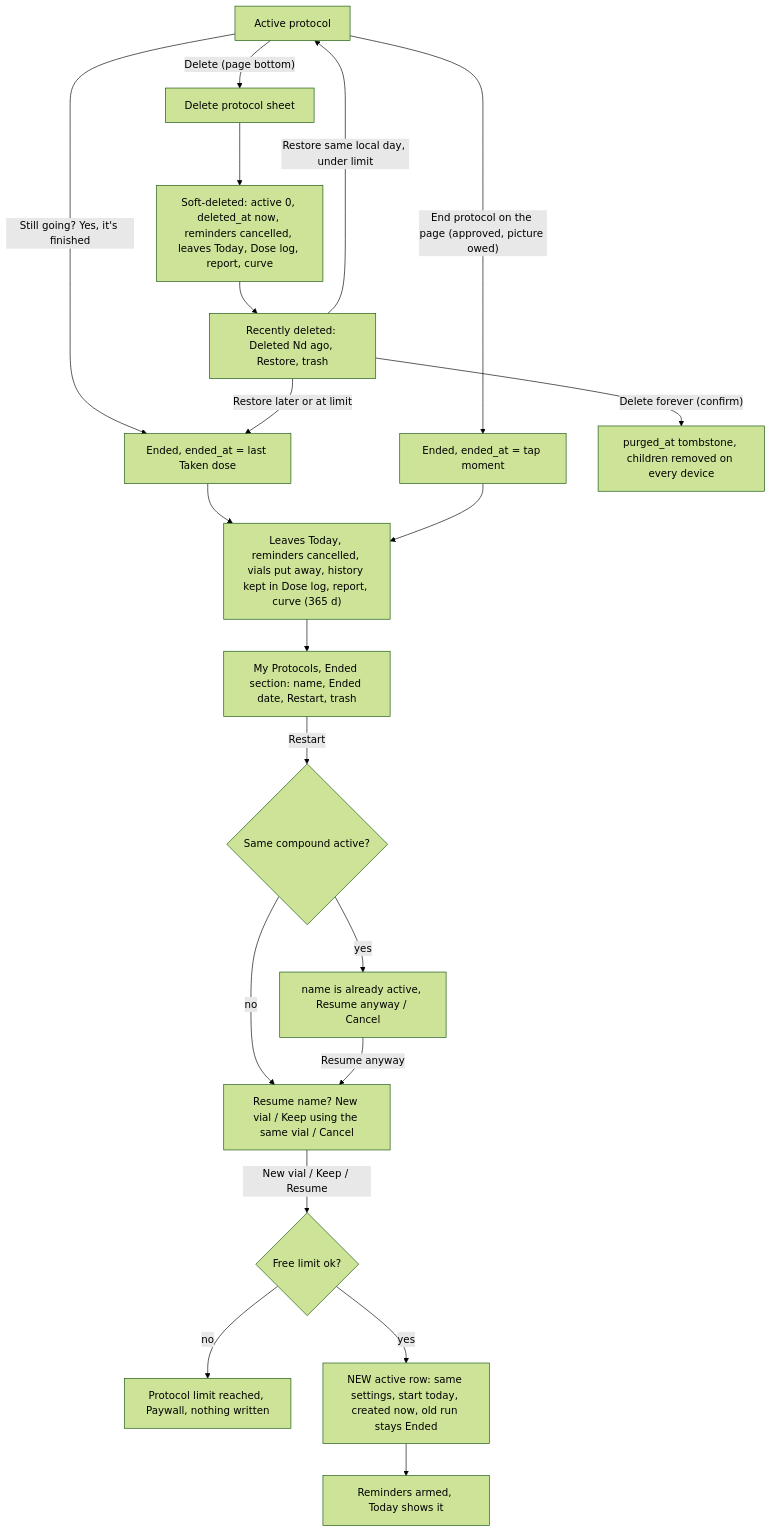
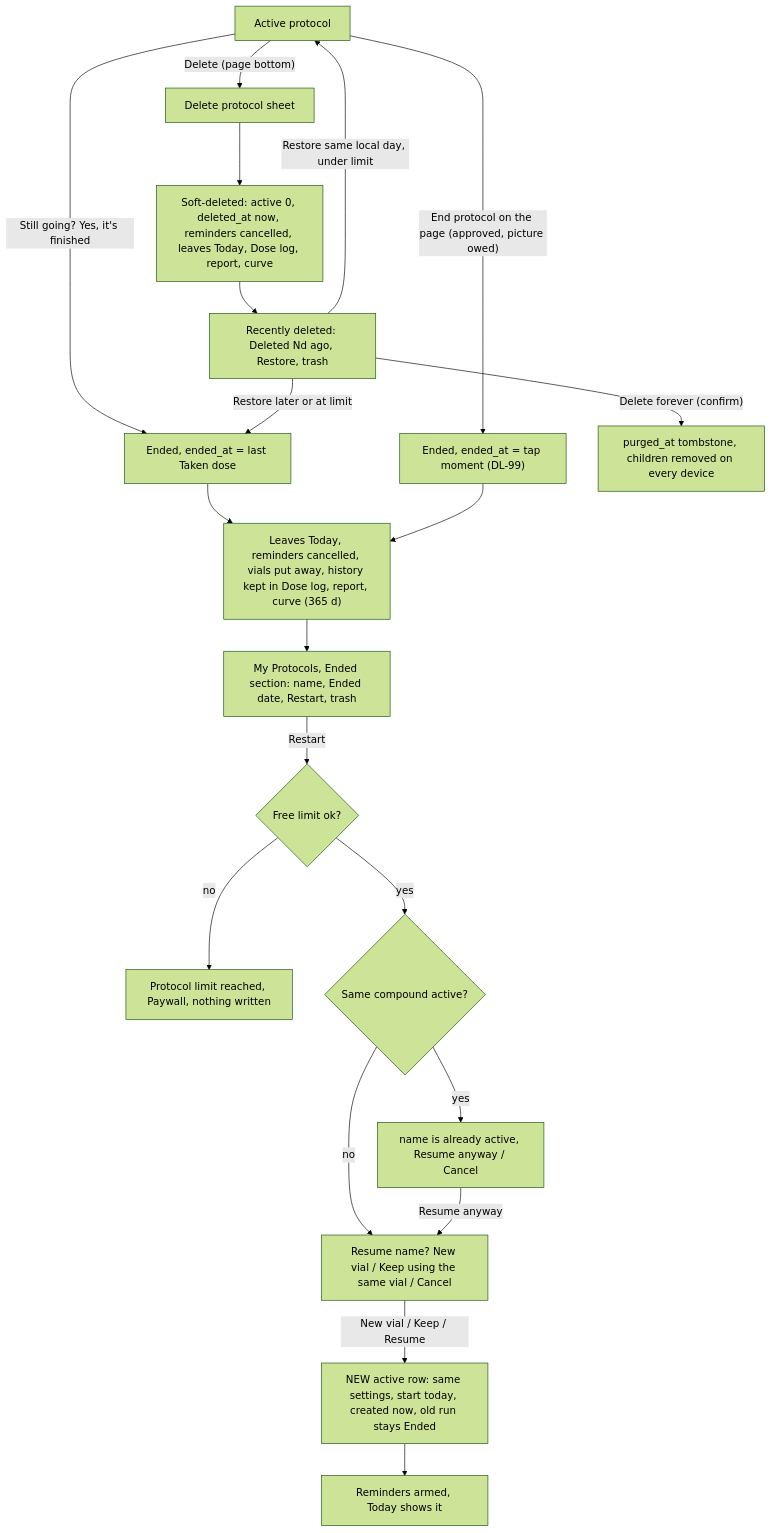
The first of 3 diagrams in docs/product/flows/05-protocol-end-restart-delete.md (evandroviskis/dosetrace), drawn with Mermaid (forest theme) before and after one commit. The commit also changed other lines of this file and 17 other files, not shown here.

Commit message:
docs/product: round-3 consistency pass (restart order, DL-99..101, D-row sources, Portuguese questions 1:1, counts); 120 diagrams parse

````diff
--- a/docs/product/flows/05-protocol-end-restart-delete.md
+++ b/docs/product/flows/05-protocol-end-restart-delete.md
@@ -50,22 +50,22 @@
 ```mermaid
 flowchart TD
   A["Active protocol"] -->|"Still going? Yes, it's finished"| B["Ended, ended_at = last Taken dose"]
-  A -->|"End protocol on the page (approved, picture owed)"| B2["Ended, ended_at = tap moment"]
+  A -->|"End protocol on the page (approved, picture owed)"| B2["Ended, ended_at = tap moment (DL-99)"]
   B --> C["Leaves Today, reminders cancelled, vials put away, history kept in Dose log, report, curve (365 d)"]
   B2 --> C
   C --> D["My Protocols, Ended section: name, Ended date, Restart, trash"]
-  D -->|Restart| E{"Same compound active?"}
+  D -->|Restart| G{"Free limit ok?"}
+  G -->|no| H["Protocol limit reached, Paywall, nothing written"]
+  G -->|yes| E{"Same compound active?"}
   E -->|yes| F["name is already active, Resume anyway / Cancel"]
   E -->|no| I["Resume name? New vial / Keep using the same vial / Cancel"]
   F -->|Resume anyway| I
-  I -->|"New vial / Keep / Resume"| G{"Free limit ok?"}
-  G -->|no| H["Protocol limit reached, Paywall, nothing written"]
-  G -->|yes| J["NEW active row: same settings, start today, created now, old run stays Ended"]
+  I -->|"New vial / Keep / Resume"| J["NEW active row: same settings, start today, created now, old run stays Ended"]
   J --> K["Reminders armed, Today shows it"]
   A -->|"Delete (page bottom)"| L["Delete protocol sheet"]
   L --> M["Soft-deleted: active 0, deleted_at now, reminders cancelled, leaves Today, Dose log, report, curve"]
   M --> N["Recently deleted: Deleted Nd ago, Restore, trash"]
   N -->|Restore same local day, under limit| A
   N -->|Restore later or at limit| B
   N -->|"Delete forever (confirm)"| O["purged_at tombstone, children removed on every device"]
 ```
````
